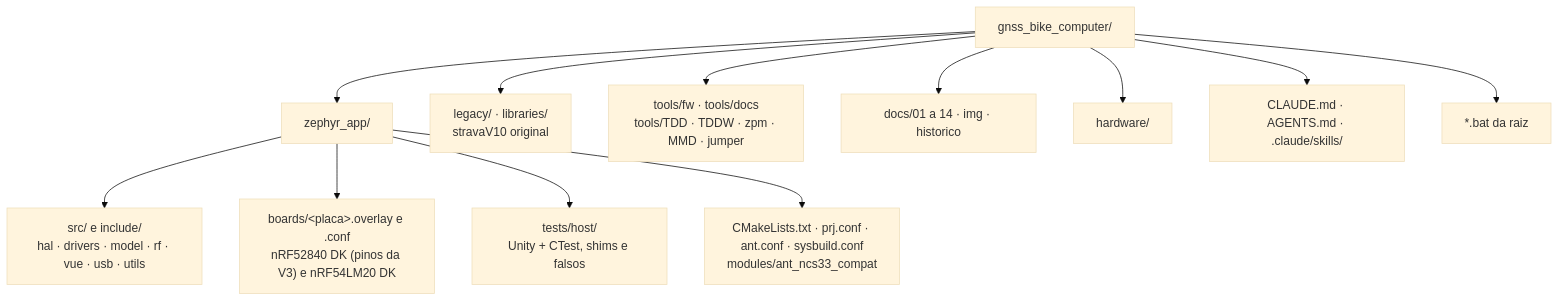
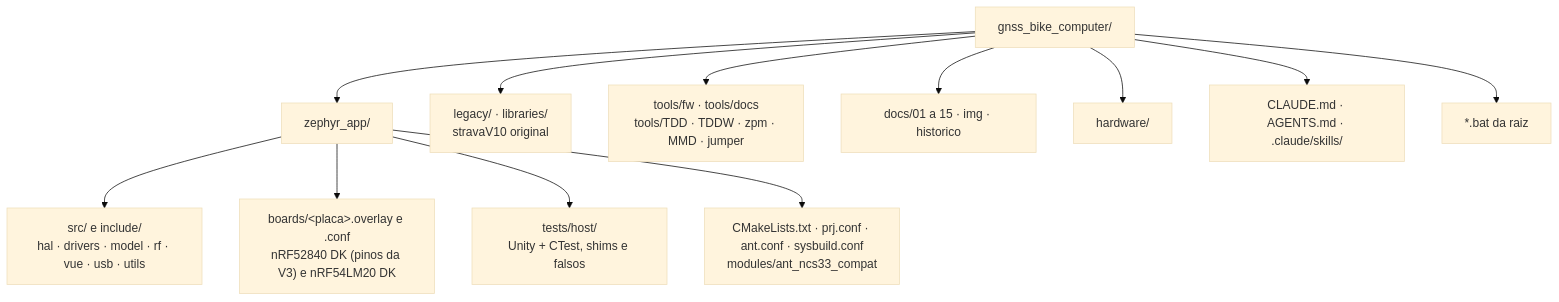
One commit to Guiimartinho/gnss-bike-computer changed the first of 2 diagrams in CLAUDE.md. Above: the diagram before and after it, drawn with Mermaid (base theme). The commit also changed other lines of this file and 11 other files, not shown here.

````diff
--- a/CLAUDE.md
+++ b/CLAUDE.md
@@ -58,15 +58,15 @@
 ```mermaid
 flowchart TB
     ROOT["gnss_bike_computer/"]
     ROOT --> ZA["zephyr_app/"]
     ZA --> ZS["src/ e include/<br/>hal · drivers · model · rf · vue · usb · utils"]
     ZA --> ZB["boards/&lt;placa&gt;.overlay e .conf<br/>nRF52840 DK (pinos da V3) e nRF54LM20 DK"]
     ZA --> ZT["tests/host/<br/>Unity + CTest, shims e falsos"]
     ZA --> ZC["CMakeLists.txt · prj.conf · ant.conf · sysbuild.conf<br/>modules/ant_ncs33_compat"]
     ROOT --> LEG["legacy/ · libraries/<br/>stravaV10 original"]
     ROOT --> TOOLS["tools/fw · tools/docs<br/>tools/TDD · TDDW · zpm · MMD · jumper"]
-    ROOT --> DOCS["docs/01 a 14 · img · historico"]
+    ROOT --> DOCS["docs/01 a 15 · img · historico"]
     ROOT --> HW["hardware/"]
     ROOT --> AI["CLAUDE.md · AGENTS.md · .claude/skills/"]
     ROOT --> BAT["*.bat da raiz"]
 ```
````
